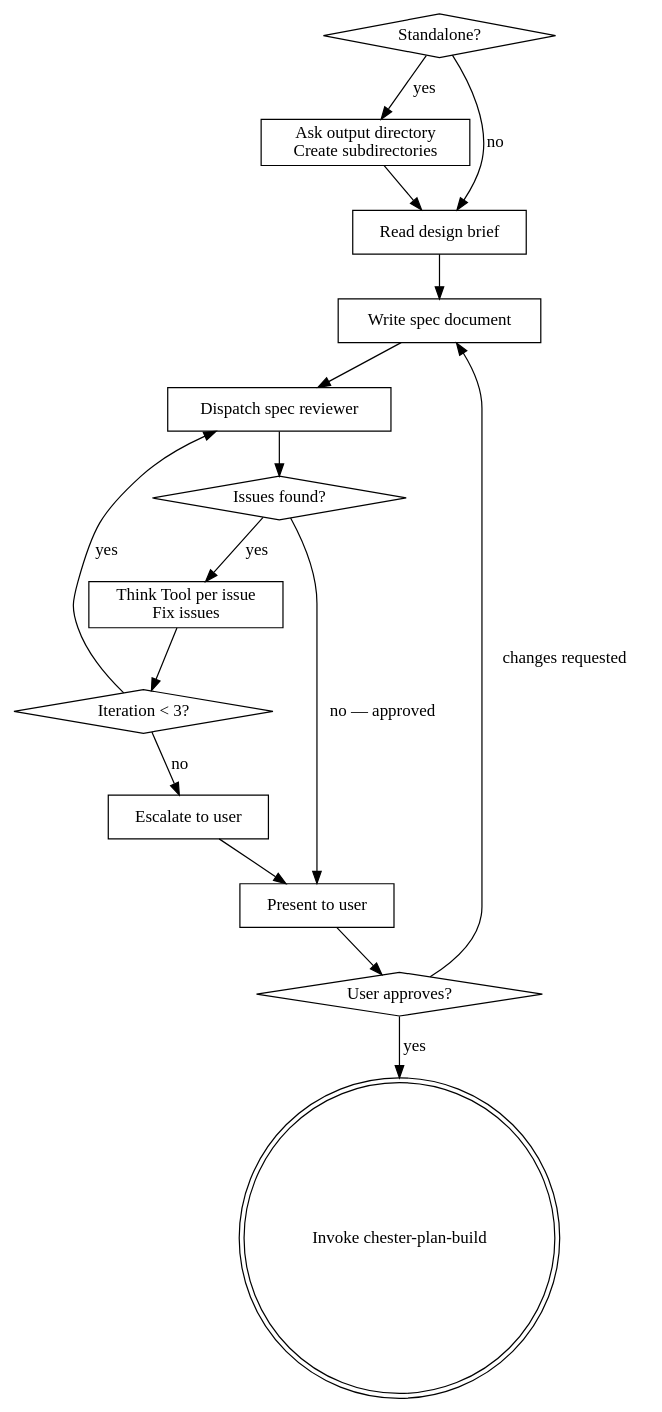
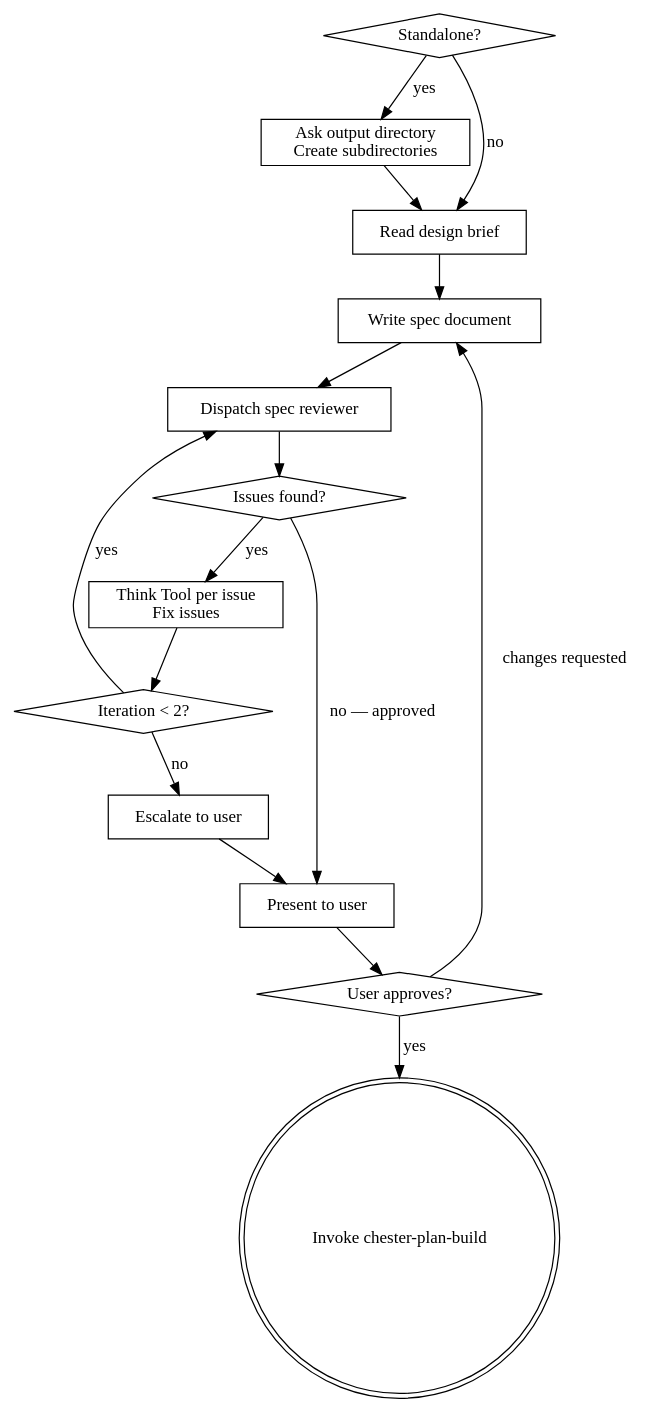
Before and after one commit to OrdinaryMoose/Chester: the diagram in chester-design-specify/SKILL.md, drawn with Graphviz. The commit also changed other lines of this file, not shown here.

````diff
--- a/chester-design-specify/SKILL.md
+++ b/chester-design-specify/SKILL.md
@@ -63,32 +63,32 @@
 ```dot
 digraph build_spec {
     "Standalone?" [shape=diamond];
     "Ask output directory\nCreate subdirectories" [shape=box];
     "Read design brief" [shape=box];
     "Write spec document" [shape=box];
     "Dispatch spec reviewer" [shape=box];
     "Issues found?" [shape=diamond];
     "Think Tool per issue\nFix issues" [shape=box];
-    "Iteration < 3?" [shape=diamond];
+    "Iteration < 2?" [shape=diamond];
     "Escalate to user" [shape=box];
     "Present to user" [shape=box];
     "User approves?" [shape=diamond];
     "Invoke chester-plan-build" [shape=doublecircle];
 
     "Standalone?" -> "Ask output directory\nCreate subdirectories" [label="yes"];
     "Standalone?" -> "Read design brief" [label="no"];
     "Ask output directory\nCreate subdirectories" -> "Read design brief";
     "Read design brief" -> "Write spec document";
     "Write spec document" -> "Dispatch spec reviewer";
     "Dispatch spec reviewer" -> "Issues found?";
     "Issues found?" -> "Present to user" [label="no — approved"];
     "Issues found?" -> "Think Tool per issue\nFix issues" [label="yes"];
-    "Think Tool per issue\nFix issues" -> "Iteration < 3?";
-    "Iteration < 3?" -> "Dispatch spec reviewer" [label="yes"];
-    "Iteration < 3?" -> "Escalate to user" [label="no"];
+    "Think Tool per issue\nFix issues" -> "Iteration < 2?";
+    "Iteration < 2?" -> "Dispatch spec reviewer" [label="yes"];
+    "Iteration < 2?" -> "Escalate to user" [label="no"];
     "Escalate to user" -> "Present to user";
     "Present to user" -> "User approves?";
     "User approves?" -> "Invoke chester-plan-build" [label="yes"];
     "User approves?" -> "Write spec document" [label="changes requested"];
 }
 ```
````
